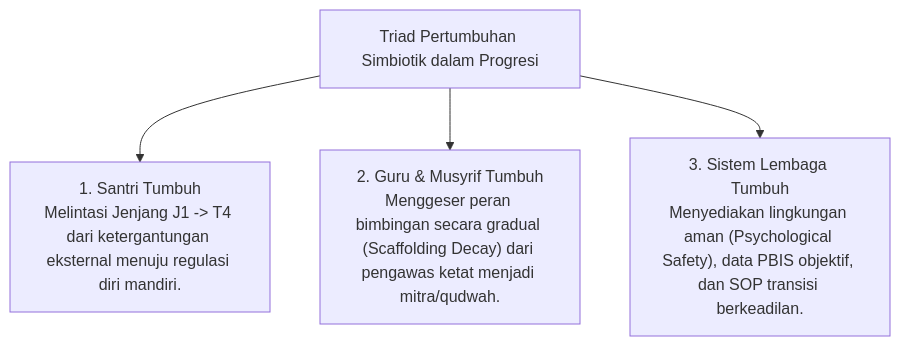
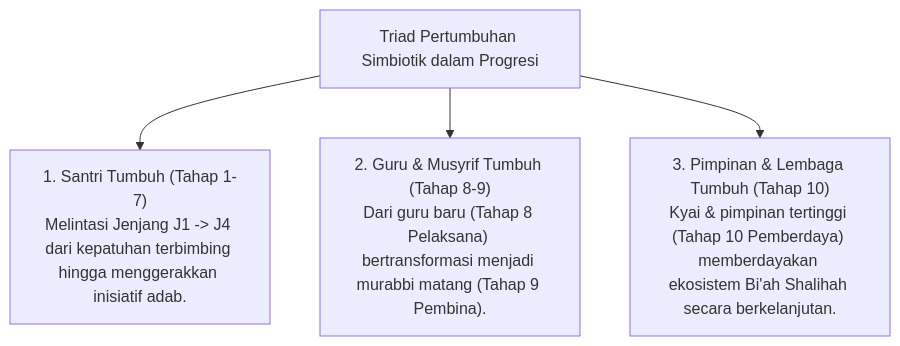
One commit to wandiapriliyandi/tumbuh changed the first of 2 diagrams in 04 Progression Framework/P4-00-Progression-Framework-Induk.md. Above: the diagram before and after it, drawn with Mermaid. The commit also changed other lines of this file, not shown here.

Commit message:
docs(progression): emphasize character formation as a lifelong continuum spanning from santri to teachers and institutional leaders

````diff
--- a/04 Progression Framework/P4-00-Progression-Framework-Induk.md
+++ b/04 Progression Framework/P4-00-Progression-Framework-Induk.md
@@ -20,7 +27,7 @@
 ```mermaid
 graph TD
     Triad["Triad Pertumbuhan Simbiotik dalam Progresi"]
-    Triad --> Santri["1. Santri Tumbuh<br/>Melintasi Jenjang J1 -> T4 dari ketergantungan eksternal menuju regulasi diri mandiri."]
-    Triad --> Musyrif["2. Guru & Musyrif Tumbuh<br/>Menggeser peran bimbingan secara gradual (Scaffolding Decay) dari pengawas ketat menjadi mitra/qudwah."]
-    Triad --> Sistem["3. Sistem Lembaga Tumbuh<br/>Menyediakan lingkungan aman (Psychological Safety), data PBIS objektif, dan SOP transisi berkeadilan."]
+    Triad --> Santri["1. Santri Tumbuh (Tahap 1-7)<br/>Melintasi Jenjang J1 -> J4 dari kepatuhan terbimbing hingga menggerakkan inisiatif adab."]
+    Triad --> Musyrif["2. Guru & Musyrif Tumbuh (Tahap 8-9)<br/>Dari guru baru (Tahap 8 Pelaksana) bertransformasi menjadi murabbi matang (Tahap 9 Pembina)."]
+    Triad --> Sistem["3. Pimpinan & Lembaga Tumbuh (Tahap 10)<br/>Kyai & pimpinan tertinggi (Tahap 10 Pemberdaya) memberdayakan ekosistem Bi'ah Shalihah secara berkelanjutan."]
 ```
````
